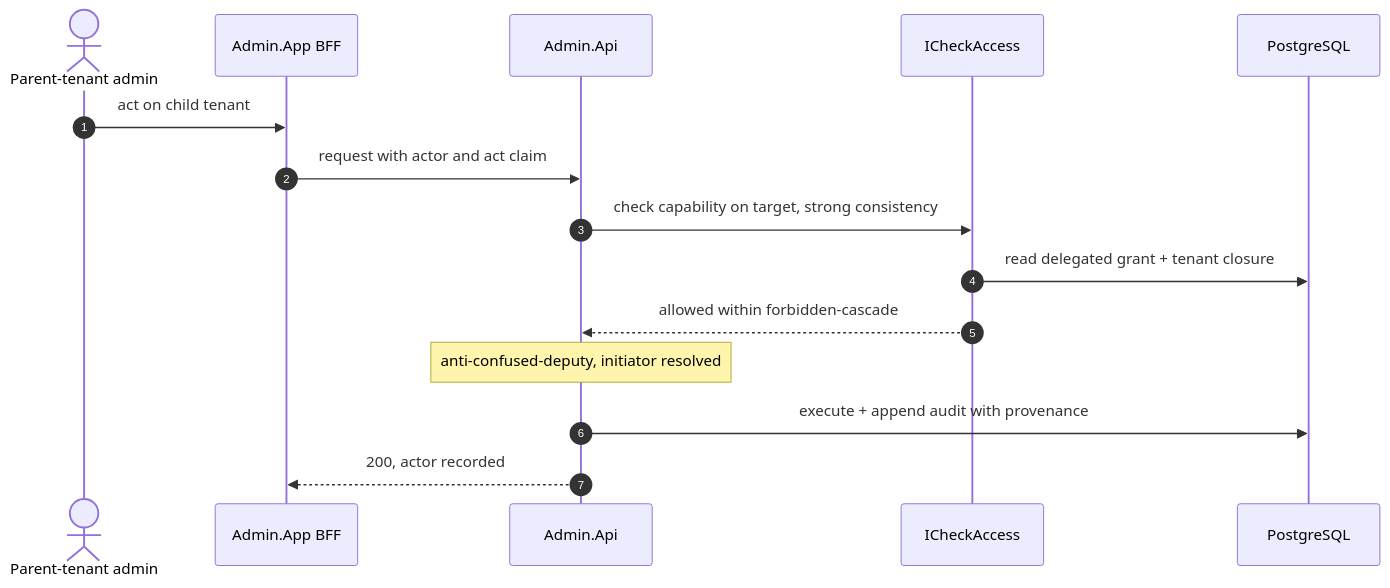
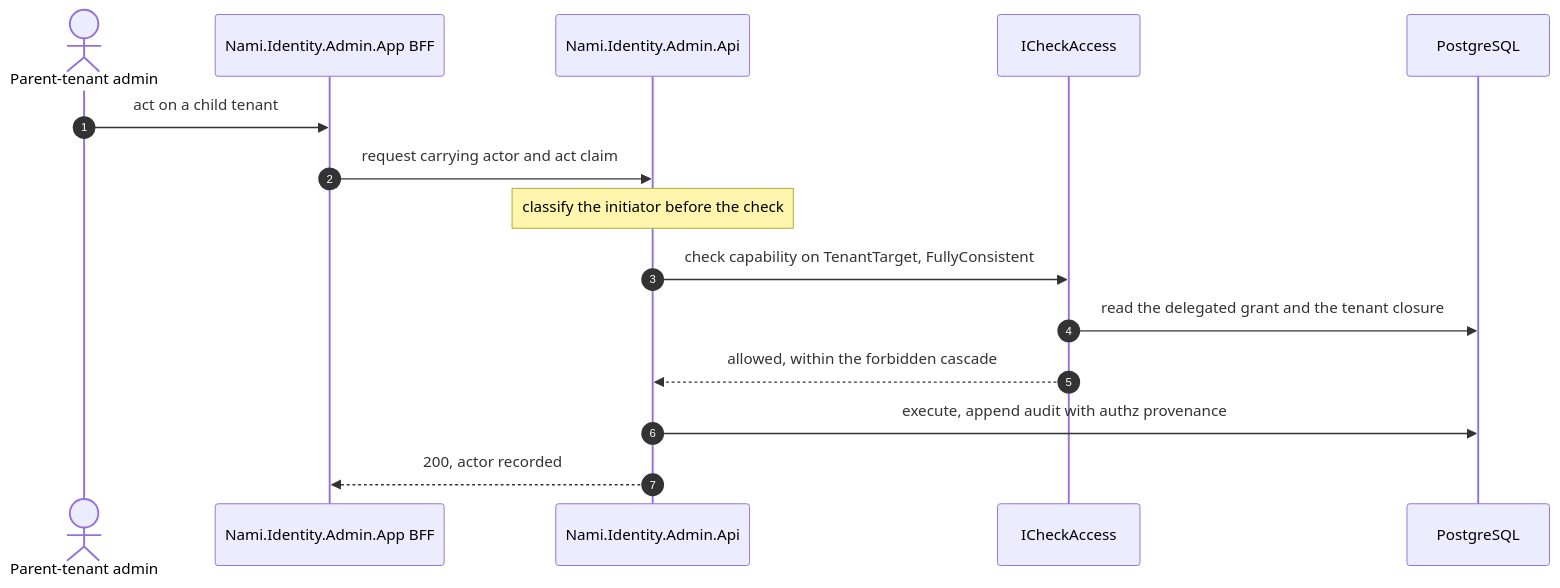
The ninth of 16 diagrams in docs/architecture/06-runtime-views.md (namphuongtran/nami), drawn with Mermaid before and after one commit. The commit also changed other lines of this file and 2 other files, not shown here.

````diff
--- a/docs/architecture/06-runtime-views.md
+++ b/docs/architecture/06-runtime-views.md
@@ -205,17 +390,17 @@
 ```mermaid
 sequenceDiagram
   autonumber
   actor Ad as Parent-tenant admin
-  participant APP as Admin.App BFF
-  participant API as Admin.Api
+  participant APP as Nami.Identity.Admin.App BFF
+  participant API as Nami.Identity.Admin.Api
   participant AZ as ICheckAccess
   participant DB as PostgreSQL
-  Ad->>APP: act on child tenant
-  APP->>API: request with actor and act claim
-  API->>AZ: check capability on target, strong consistency
-  AZ->>DB: read delegated grant + tenant closure
-  AZ-->>API: allowed within forbidden-cascade
-  Note over API: anti-confused-deputy, initiator resolved
-  API->>DB: execute + append audit with provenance
+  Ad->>APP: act on a child tenant
+  APP->>API: request carrying actor and act claim
+  Note over API: classify the initiator before the check
+  API->>AZ: check capability on TenantTarget, FullyConsistent
+  AZ->>DB: read the delegated grant and the tenant closure
+  AZ-->>API: allowed, within the forbidden cascade
+  API->>DB: execute, append audit with authz provenance
   API-->>APP: 200, actor recorded
 ```
````
